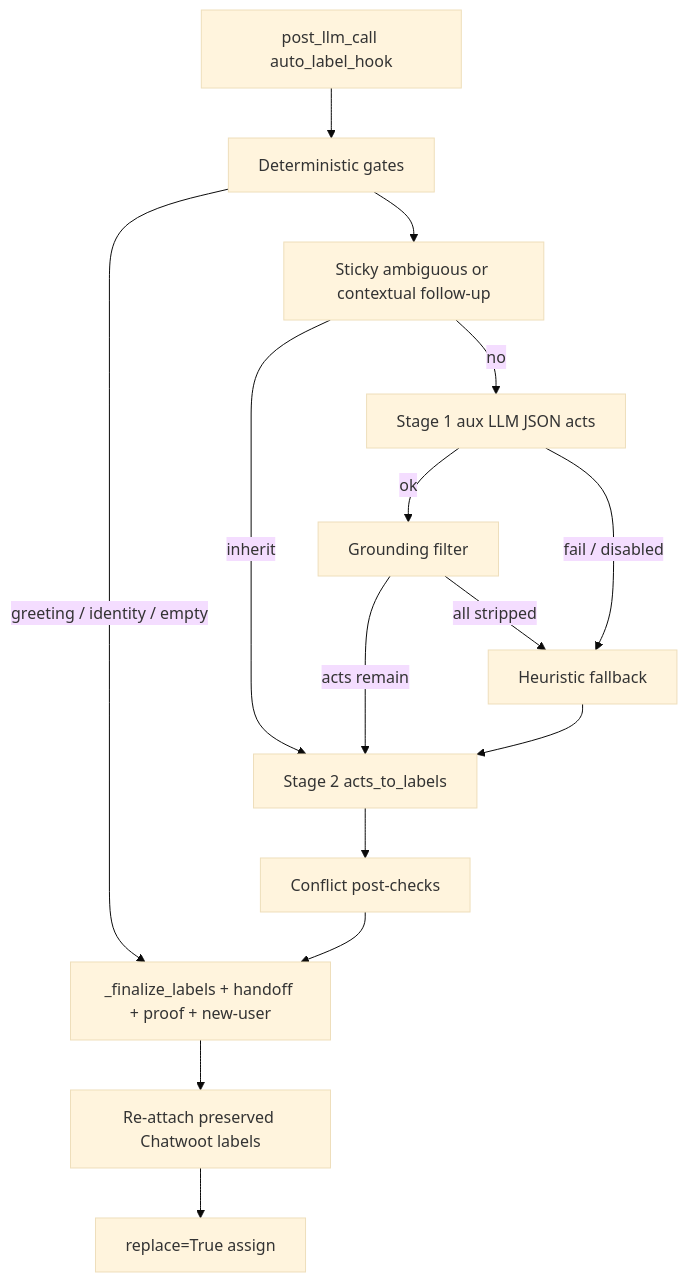
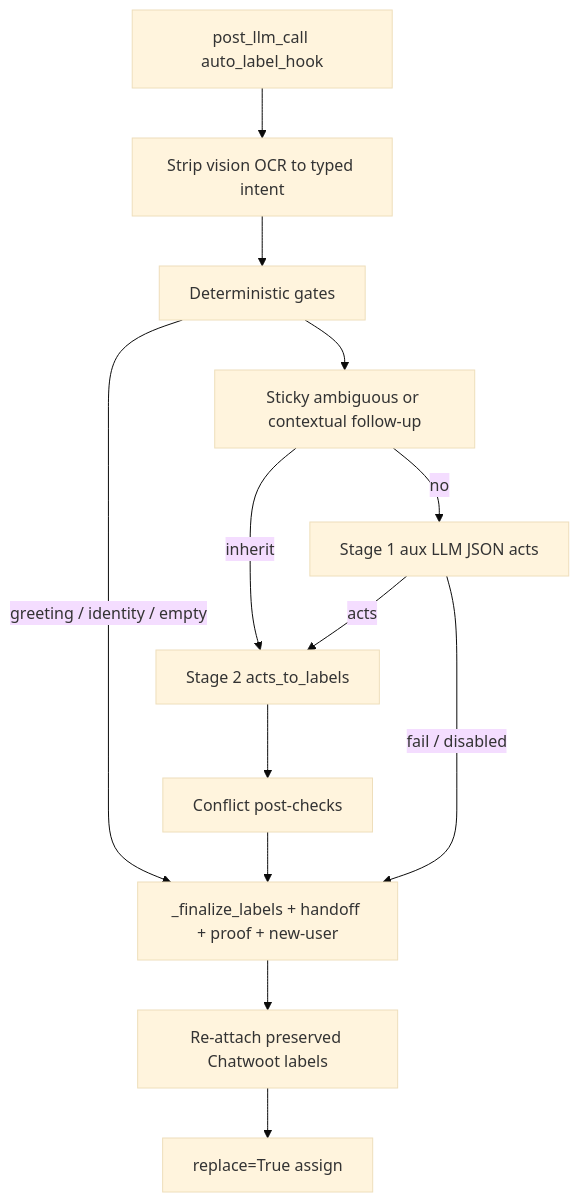
Before and after one commit to Anvento-labs/hermes-agent: the second of 2 diagrams in crwd_documentation/conversation_classification.md, drawn with Mermaid (base theme). The commit also changed other lines of this file and 4 other files, not shown here.

````diff
--- a/crwd_documentation/conversation_classification.md
+++ b/crwd_documentation/conversation_classification.md
@@ -196,29 +196,26 @@
 ```mermaid
 flowchart TD
   hook[post_llm_call auto_label_hook]
+  intent[Strip vision OCR to typed intent]
   gates[Deterministic gates]
   sticky[Sticky ambiguous or contextual follow-up]
   llm[Stage 1 aux LLM JSON acts]
-  ground[Grounding filter]
-  heur[Heuristic fallback]
   map[Stage 2 acts_to_labels]
   post[Conflict post-checks]
   finalize["_finalize_labels + handoff + proof + new-user"]
   preserve[Re-attach preserved Chatwoot labels]
   assign[replace=True assign]
 
-  hook --> gates
+  hook --> intent
+  intent --> gates
   gates -->|greeting / identity / empty| finalize
   gates --> sticky
   sticky -->|inherit| map
   sticky -->|no| llm
-  llm -->|ok| ground
-  ground -->|acts remain| map
-  ground -->|all stripped| heur
-  llm -->|fail / disabled| heur
-  heur --> map
+  llm -->|acts| map
+  llm -->|fail / disabled| finalize
   map --> post
   post --> finalize
   finalize --> preserve
   preserve --> assign
 ```
````
